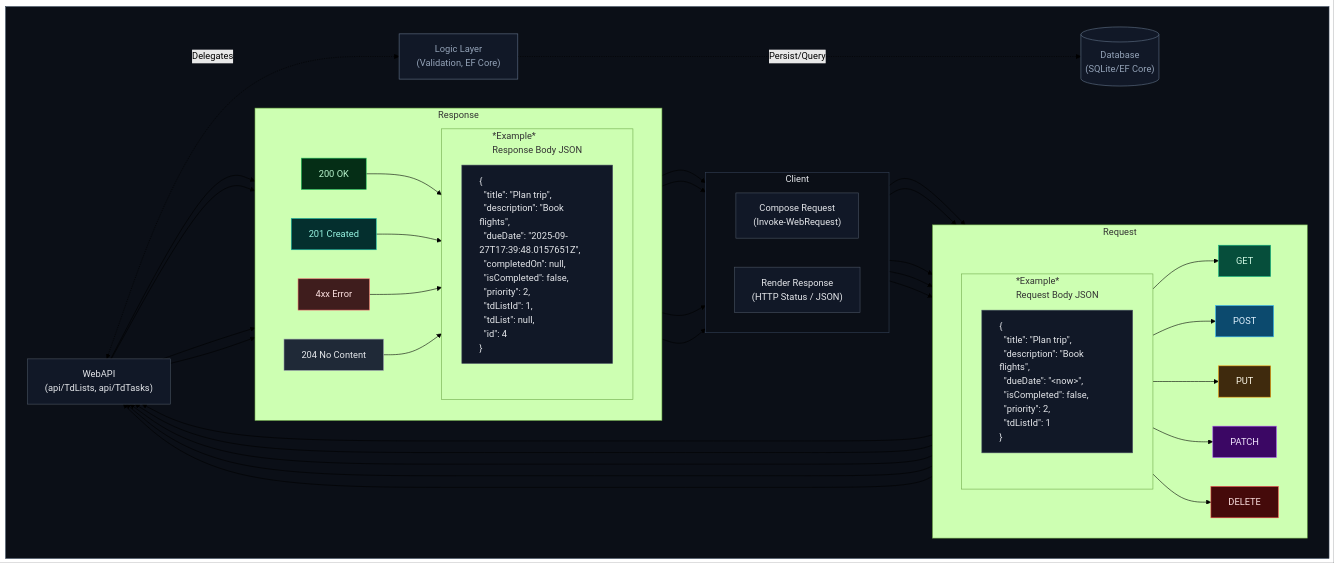
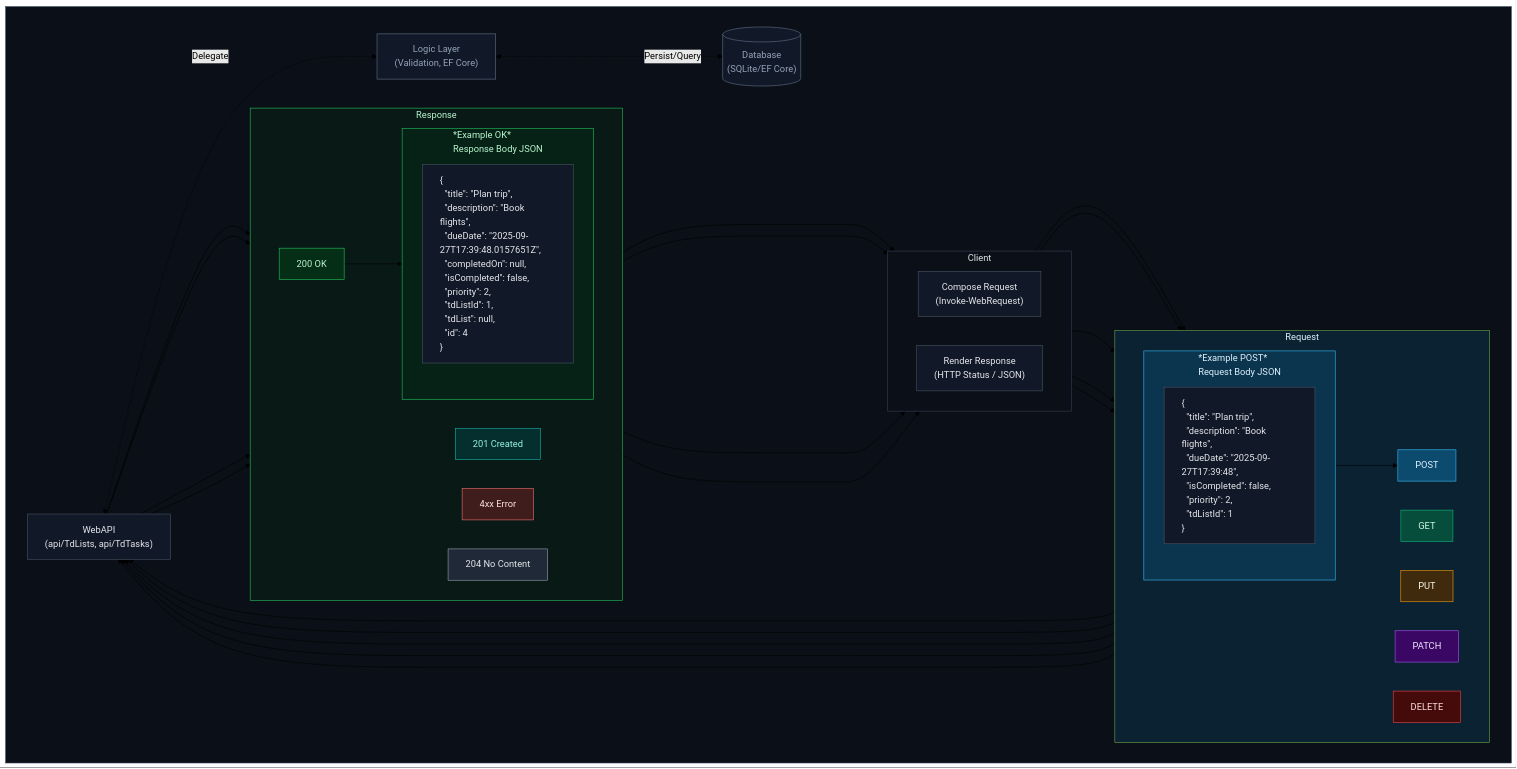
The diagram in docs/API_test_results_dokumentation.md (IxI-Enki/POSE_2025_26_uebung_02), drawn with Mermaid (forest theme) before and after one commit.

Commit message:
beautify mermaid

````diff
--- a/docs/API_test_results_dokumentation.md
+++ b/docs/API_test_results_dokumentation.md
@@ -16,47 +16,58 @@
   classDef created201 fill:#042f2e,stroke:#14b8a6,color:#99f6e4;
   classDef err4xx fill:#3f1d1d,stroke:#f87171,color:#fee2e2;
   classDef no204 fill:#1f2937,stroke:#9ca3af,color:#e5e7eb;
+  classDef CResBody fill:#052e16,stroke:#22c55e,color:#bbf7d0;
 
+  classDef CReqb fill:#0c4a6e55,stroke:##0c4a6e,color:#e0f2fe;
+  classDef CResb fill:#052e1655,stroke:#22c55e,color:#bbf7d0;
+  req:::CReqb
+  res:::CResb
+
+  classDef shaddow fill:#052e1677,stroke:#22c55e,color:#bbf7d0;
+  CResBody[Response Body]:::shaddow
+
+  classDef CReqBody  fill:#0c4a6e77,stroke:#38bdf8,color:#e0f2fe;
+  CReqBody[Request Body]:::CReqBody
 
   subgraph API[ ]
-  subgraph CLIENT[Client]
-    direction LR
-    CReq["Compose Request<br>(Invoke-WebRequest)"]:::node
-    CRes["Render Response<br>(HTTP Status / JSON)"]:::node
-    %% pretty JSON bodies as nested subgraphs under client nodes
-  end 
     direction LR
     api_ctrl["WebAPI<br>(api/TdLists, api/TdTasks)"]:::node
     Logic["Logic Layer<br>(Validation, EF Core)"]:::node
     DB[("Database<br>(SQLite/EF Core)")]:::node
-  
+   
     subgraph req[Request]
       direction LR
-      class req getNode
+      class req CReqb
       G[GET]:::getNode
       P[POST]:::postNode
       U[PUT]:::putNode
       H[PATCH]:::patchNode
       D[DELETE]:::delNode
 
-      subgraph CReqBody[*Example* <br>Request Body JSON]
+      subgraph CReqBody[*Example POST* <br>Request Body JSON]
         direction TB
         %% To ensure left alignment (LINKSBÜNDIG) in Mermaid, use <div style="text-align:left">...</div> inside the label.
-        CReqJson["<div style='text-align:left'>{<br>&nbsp;&nbsp;&quot;title&quot;: &quot;Plan trip&quot;,<br>&nbsp;&nbsp;&quot;description&quot;: &quot;Book flights&quot;,<br>&nbsp;&nbsp;&quot;dueDate&quot;: &quot;&lt;now&gt;&quot;,<br>&nbsp;&nbsp;&quot;isCompleted&quot;: false,<br>&nbsp;&nbsp;&quot;priority&quot;: 2,<br>&nbsp;&nbsp;&quot;tdListId&quot;: 1<br>}</div>"]:::node
+        CReqJson["<div style='text-align:left'>{<br>&nbsp;&nbsp;&quot;title&quot;: &quot;Plan trip&quot;,<br>&nbsp;&nbsp;&quot;description&quot;: &quot;Book flights&quot;,<br>&nbsp;&nbsp;&quot;dueDate&quot;: &quot;2025-09-27T17:39:48&quot;,<br>&nbsp;&nbsp;&quot;isCompleted&quot;: false,<br>&nbsp;&nbsp;&quot;priority&quot;: 2,<br>&nbsp;&nbsp;&quot;tdListId&quot;: 1<br>}</div>"]:::node
       end
     end
 
+    subgraph CLIENT[Client]
+      direction LR
+      CReq["Compose Request<br>(Invoke-WebRequest)"]:::node
+      CRes["Render Response<br>(HTTP Status / JSON)"]:::node
+      %% pretty JSON bodies as nested subgraphs under client nodes
+    end 
 
 
     subgraph res[Response]
       direction LR
-      class res ok200
+      class res CResb
       R200[200 OK]:::ok200
       R201[201 Created]:::created201
       R4xx[4xx Error]:::err4xx
       R204[204 No Content]:::no204
 
-      subgraph CResBody[*Example* <br> Response Body JSON]
+      subgraph CResBody[*Example OK* <br> Response Body JSON]
         direction TB
         CResJson["<div style='text-align:left'>{<br>&nbsp;&nbsp;&quot;title&quot;: &quot;Plan trip&quot;,<br>&nbsp;&nbsp;&quot;description&quot;: &quot;Book flights&quot;,<br>&nbsp;&nbsp;&quot;dueDate&quot;: &quot;2025-09-27T17:39:48.0157651Z&quot;,<br>&nbsp;&nbsp;&quot;completedOn&quot;: null,<br>&nbsp;&nbsp;&quot;isCompleted&quot;: false,<br>&nbsp;&nbsp;&quot;priority&quot;: 2,<br>&nbsp;&nbsp;&quot;tdListId&quot;: 1,<br>&nbsp;&nbsp;&quot;tdList&quot;: null,<br>&nbsp;&nbsp;&quot;id&quot;: 4<br>}</div>"]:::node
       end
@@ -67,18 +78,18 @@
   %% request flows (one per method)
   G[GET]:::getNode
   P[POST]:::postNode
+  H[PATCH]:::patchNode
   U[PUT]:::putNode
-  H[PATCH]:::patchNode
   D[DELETE]:::delNode
 
-  CReq --> CReqBody --> G --> api_ctrl
   CReq --> CReqBody --> P --> api_ctrl
-  CReq --> CReqBody --> U --> api_ctrl
-  CReq --> CReqBody --> H --> api_ctrl
-  CReq --> CReqBody --> D --> api_ctrl
+  CReq --> G --> api_ctrl
+  CReq --> U --> api_ctrl
+  CReq --> H --> api_ctrl
+  CReq --> D --> api_ctrl
 
-  api_ctrl <-. Delegates .-> Logic:::edge
-  Logic -. Persist/Query ..-> DB:::edge
+  api_ctrl <-. Delegate .-> Logic:::edge
+  Logic <-. Persist/Query .-> DB:::edge
 
   %% response flows (one per status type)
   R200[200 OK]:::ok200
@@ -87,9 +98,9 @@
   R204[204 No Content]:::no204
 
   api_ctrl --> R200 --> CResBody --> CRes
-  api_ctrl --> R201 --> CResBody --> CRes
-  api_ctrl --> R4xx --> CResBody --> CRes
-  api_ctrl --> R204 --> CResBody --> CRes
+  api_ctrl --> R201 ----> CRes
+  api_ctrl --> R4xx ----> CRes
+  api_ctrl --> R204 ----> CRes
 
   class CLIENT,API dark;
 ```
````
